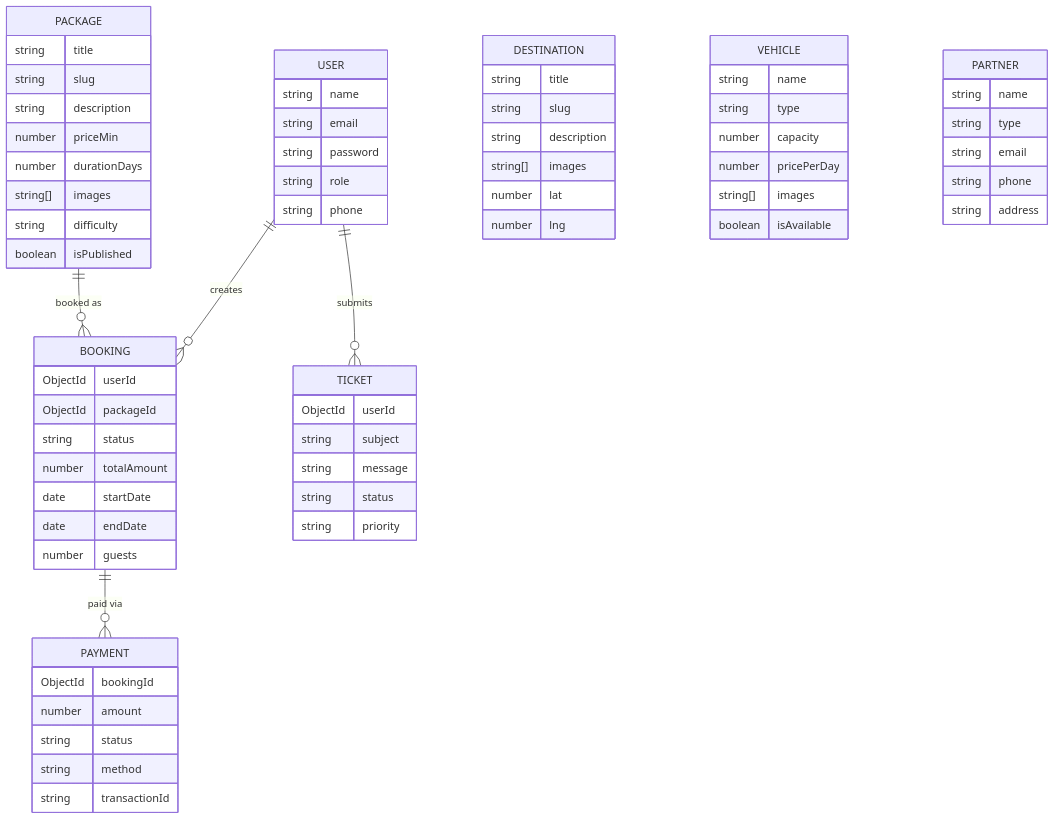
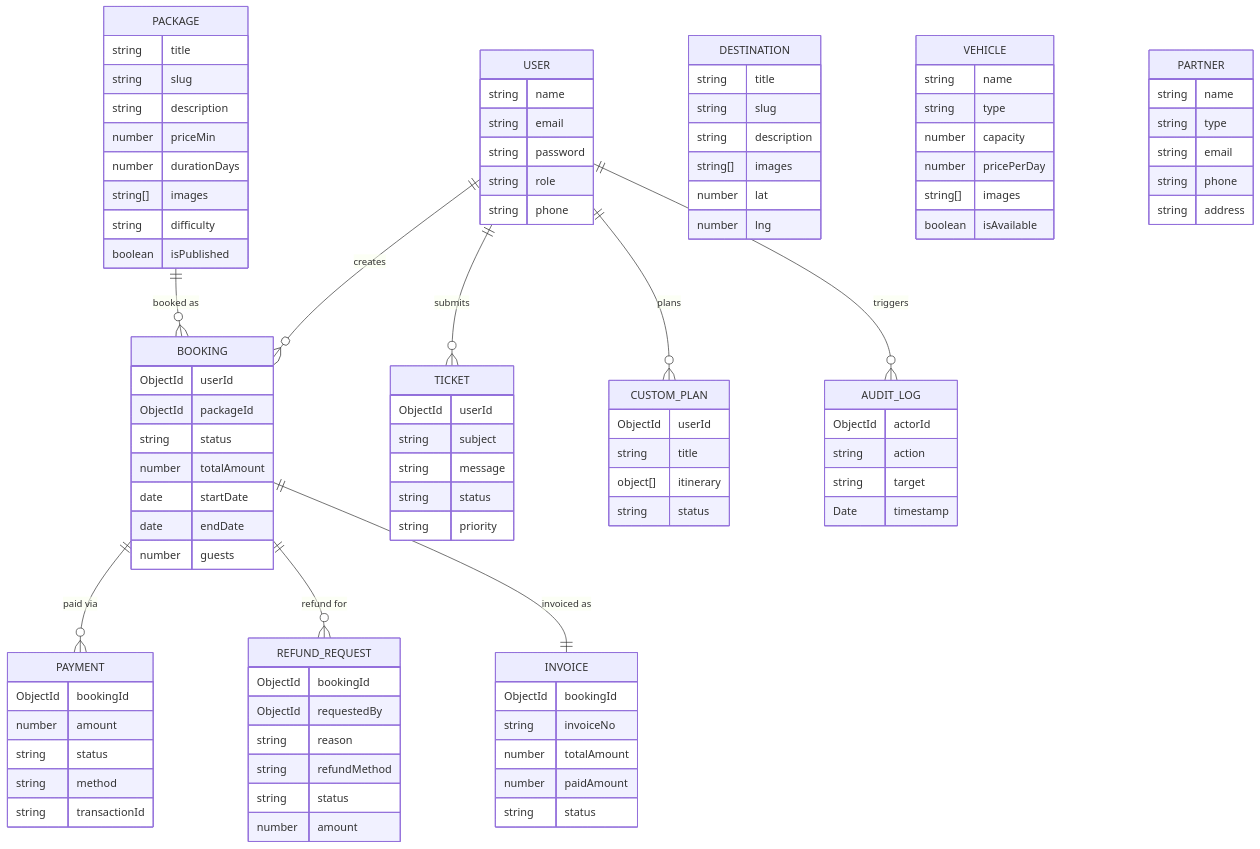
One commit to sahansbandara/Yatara-Ceylon changed the third of 4 diagrams in docs/ARCHITECTURE.md. Above: the diagram before and after it, drawn with Mermaid. The commit also changed other lines of this file and 5 other files, not shown here.

````diff
--- a/docs/ARCHITECTURE.md
+++ b/docs/ARCHITECTURE.md
@@ -170,8 +179,43 @@
         string priority
     }
 
+    REFUND_REQUEST {
+        ObjectId bookingId
+        ObjectId requestedBy
+        string reason
+        string refundMethod
+        string status
+        number amount
+    }
+
+    INVOICE {
+        ObjectId bookingId
+        string invoiceNo
+        number totalAmount
+        number paidAmount
+        string status
+    }
+
+    CUSTOM_PLAN {
+        ObjectId userId
+        string title
+        object[] itinerary
+        string status
+    }
+
+    AUDIT_LOG {
+        ObjectId actorId
+        string action
+        string target
+        Date timestamp
+    }
+
     USER ||--o{ BOOKING : creates
     PACKAGE ||--o{ BOOKING : "booked as"
     BOOKING ||--o{ PAYMENT : "paid via"
+    BOOKING ||--o{ REFUND_REQUEST : "refund for"
+    BOOKING ||--|| INVOICE : "invoiced as"
     USER ||--o{ TICKET : submits
+    USER ||--o{ CUSTOM_PLAN : plans
+    USER ||--o{ AUDIT_LOG : triggers
 ```
````
